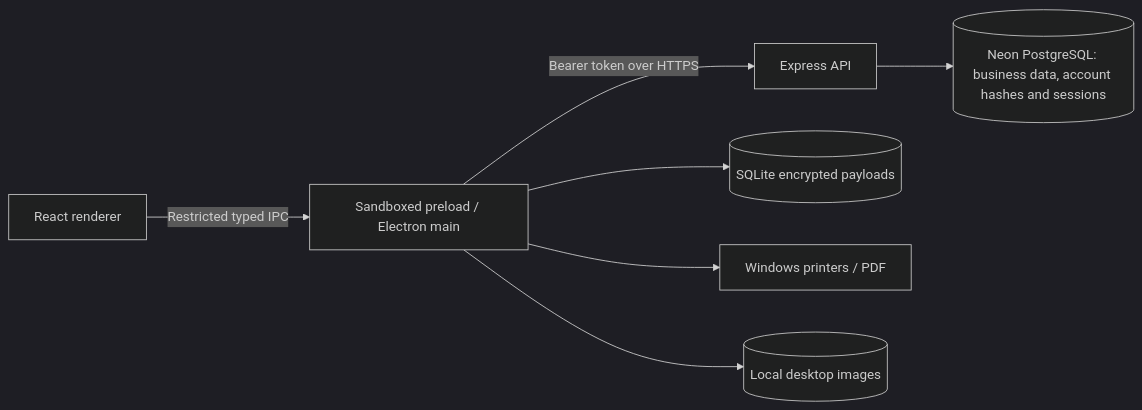
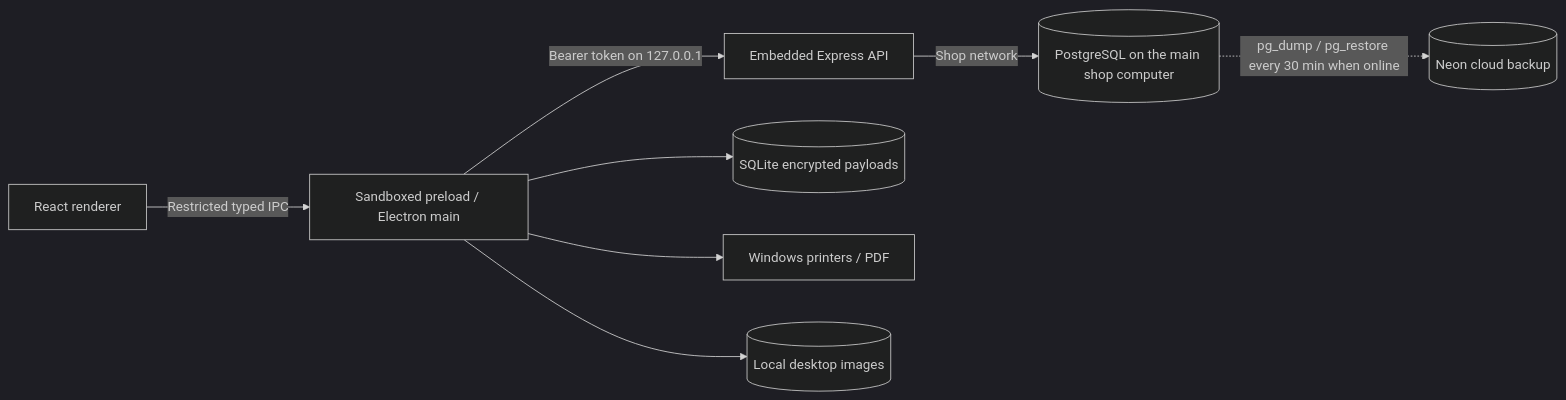
One commit to YasinthaLkshan/POS changed the diagram in ARCHITECTURE.md. Above: the diagram before and after it, drawn with Mermaid (dark theme). The commit also changed other lines of this file and 83 other files, not shown here.

First line of the commit message:
Add drivers, factories, installment credit, variants and shop-network database (v0.6.0)

````diff
--- a/ARCHITECTURE.md
+++ b/ARCHITECTURE.md
@@ -5,9 +5,10 @@
 ```mermaid
 flowchart LR
   R[React renderer] -->|Restricted typed IPC| M[Sandboxed preload / Electron main]
-  M -->|Bearer token over HTTPS| A[Express API]
+  M -->|Bearer token on 127.0.0.1| A[Embedded Express API]
   M --> L[(SQLite encrypted payloads)]
   M --> P[Windows printers / PDF]
   M --> I[(Local desktop images)]
-  A --> D[(Neon PostgreSQL: business data, account hashes and sessions)]
+  A -->|Shop network| D[(PostgreSQL on the main shop computer)]
+  D -.->|pg_dump / pg_restore every 30 min when online| N[(Neon cloud backup)]
 ```
````
